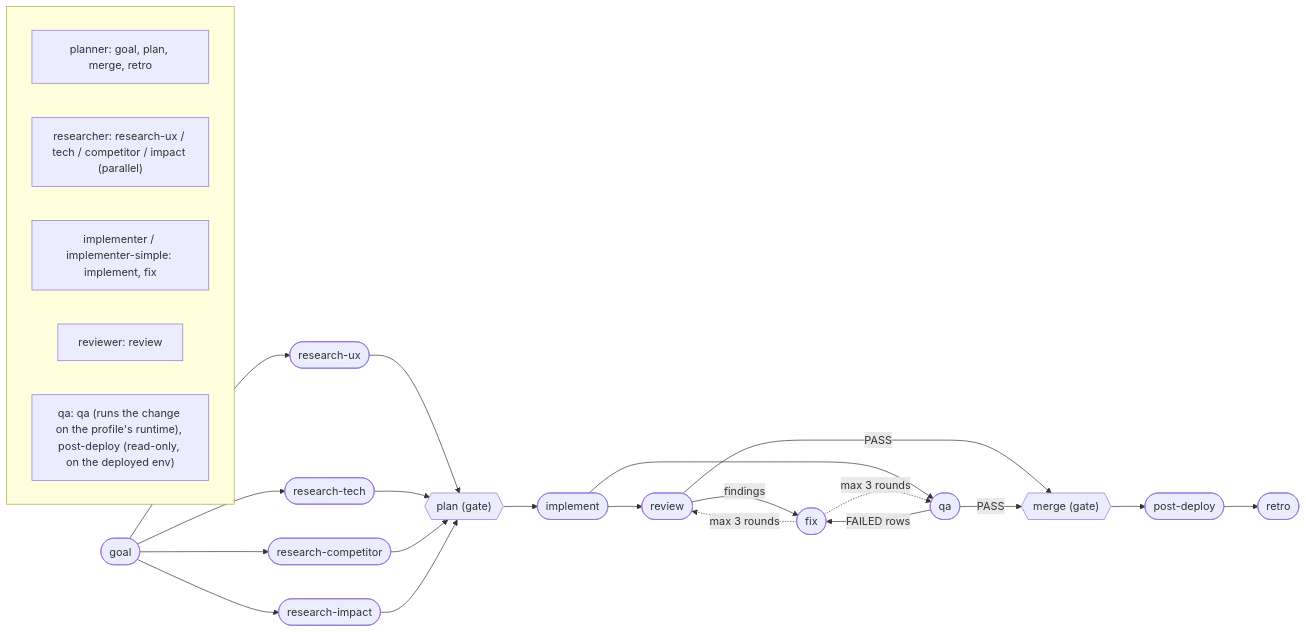
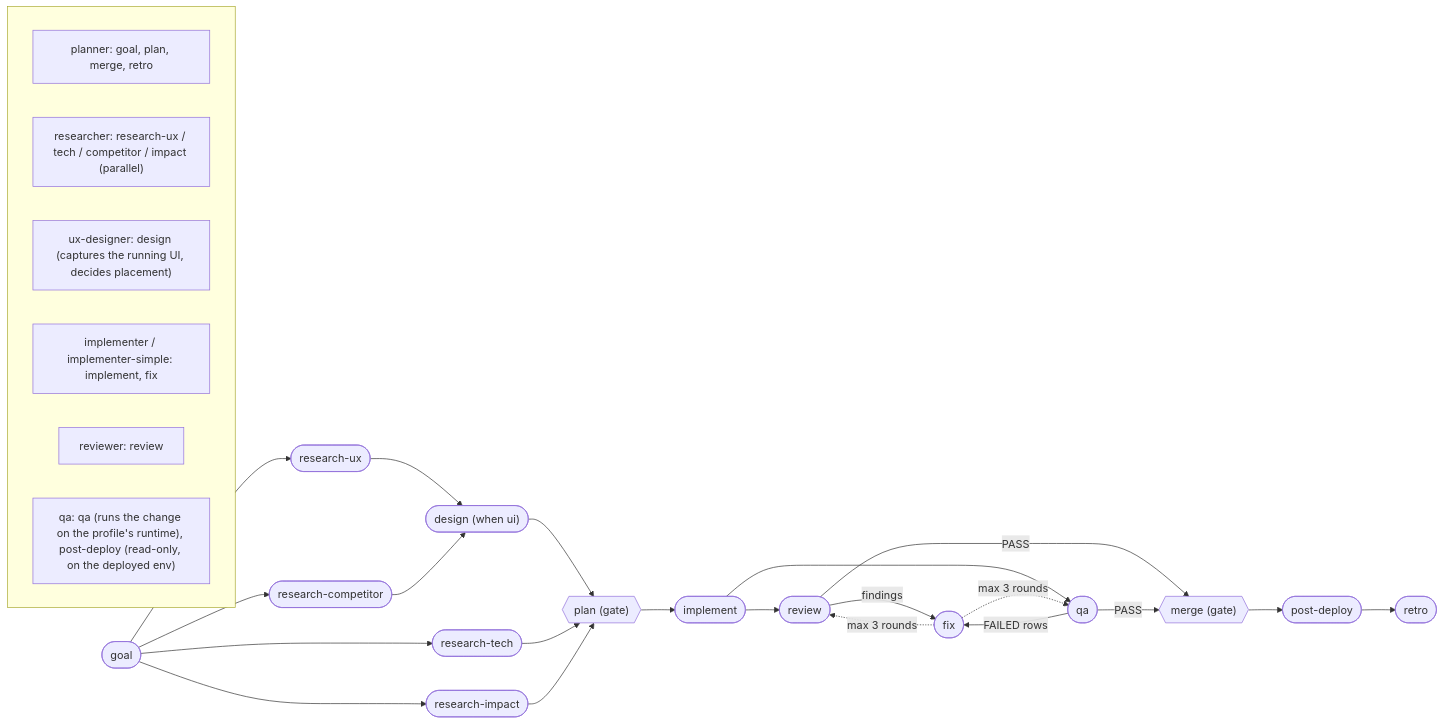
The diagram in README.md (ShonP/graph-engineering), drawn with Mermaid before and after one commit. The commit also changed other lines of this file and 14 other files, not shown here.

First line of the commit message:
Add a design node that decides UI placement before the plan (0.13.0)

````diff
--- a/README.md
+++ b/README.md
@@ -31,21 +31,23 @@
 ```mermaid
 flowchart LR
     goal([goal]) --> rux([research-ux]) & rtech([research-tech]) & rcomp([research-competitor]) & rimp([research-impact])
-    rux & rtech & rcomp & rimp --> plan{{"plan (gate)"}}
+    rux & rcomp --> design(["design (when ui)"])
+    design & rtech & rimp --> plan{{"plan (gate)"}}
     plan --> implement([implement])
     implement --> review([review]) & qa([qa])
     review -->|findings| fix([fix])
     qa -->|FAILED rows| fix
     fix -.->|"max 3 rounds"| review & qa
     review & qa -->|PASS| merge{{"merge (gate)"}}
     merge --> post([post-deploy]) --> retro([retro])
 
     subgraph agents [" "]
         direction LR
         a1["planner: goal, plan, merge, retro"]
         a0["researcher: research-ux / tech / competitor / impact (parallel)"]
+        a5["ux-designer: design (captures the running UI, decides placement)"]
         a2["implementer / implementer-simple: implement, fix"]
         a3["reviewer: review"]
         a4["qa: qa (runs the change on the profile's runtime), post-deploy (read-only, on the deployed env)"]
     end
 ```
````
